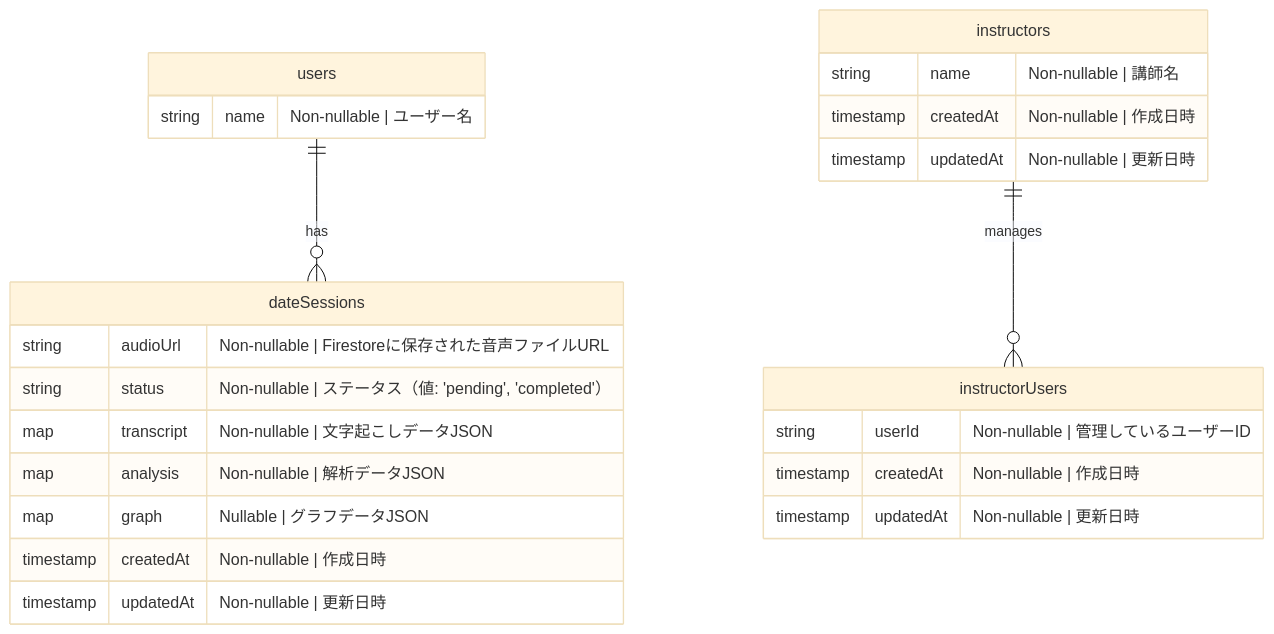
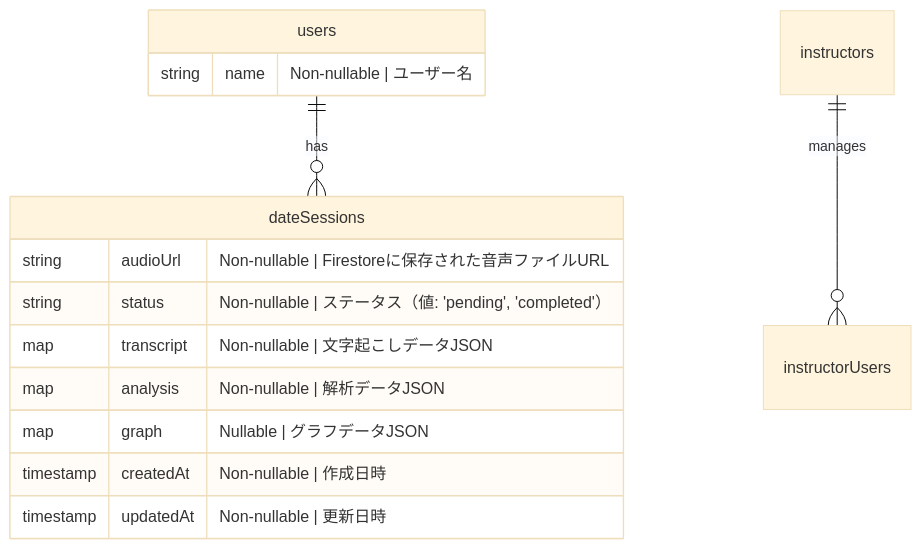
Before and after one commit to GrassVenture/date-feed-back: the diagram in .cursor/rules/db-data-schema.mdc, drawn with Mermaid (base theme).

Commit message:
ER図から講師関連の定義（instructors, instructorUsers）を削除（to C対応に絞るため）

````diff
--- a/.cursor/rules/db-data-schema.mdc
+++ b/.cursor/rules/db-data-schema.mdc
@@ -10,32 +10,20 @@
 ```mermaid
 erDiagram
     users ||--o{ dateSessions : has
     instructors ||--o{ instructorUsers : manages
 
     users {
         string name "Non-nullable | ユーザー名"
     }
 
     dateSessions {
         string audioUrl "Non-nullable | Firestoreに保存された音声ファイルURL"
         string status "Non-nullable | ステータス（値: 'pending', 'completed'）"
         map transcript "Non-nullable | 文字起こしデータJSON"
         map analysis "Non-nullable | 解析データJSON"
         map graph "Nullable | グラフデータJSON"
         timestamp createdAt "Non-nullable | 作成日時"
         timestamp updatedAt "Non-nullable | 更新日時"
     }
 
-    instructors {
-        string name "Non-nullable | 講師名"
-        timestamp createdAt "Non-nullable | 作成日時"
-        timestamp updatedAt "Non-nullable | 更新日時"
-    }
-
-    instructorUsers {
-        string userId "Non-nullable | 管理しているユーザーID"
-        timestamp createdAt "Non-nullable | 作成日時"
-        timestamp updatedAt "Non-nullable | 更新日時"
-    }
-
 ```
````
